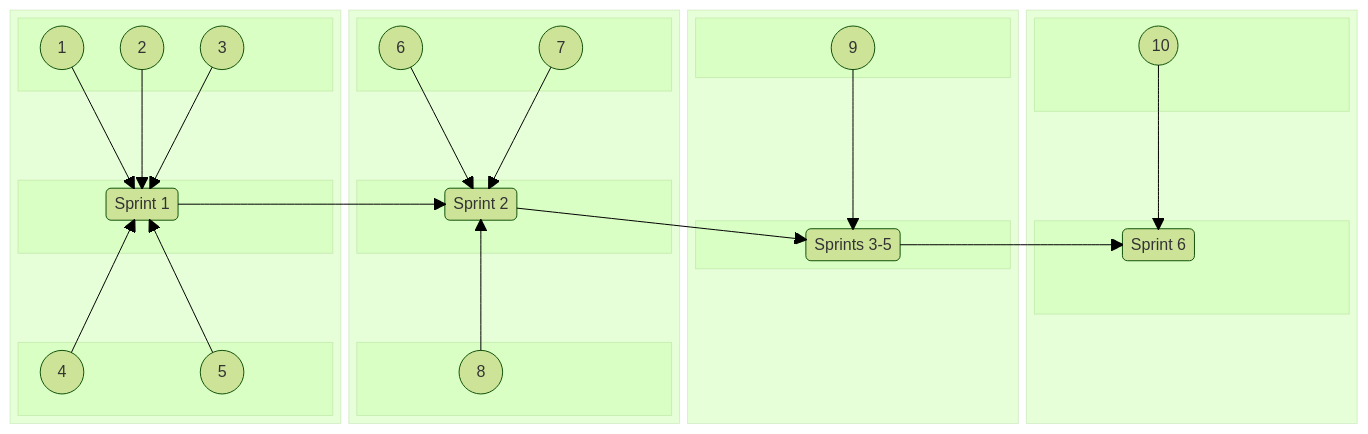
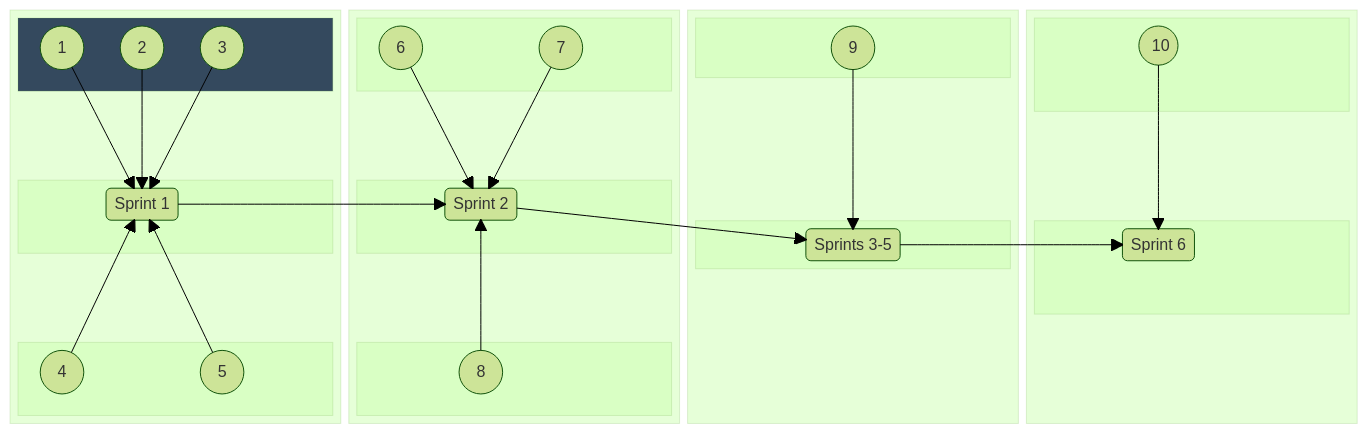
One commit to jdmedlock/mermaid_testing changed the second of 2 diagrams in README.md. Above: the diagram before and after it, drawn with Mermaid (forest theme).

Commit message:
Feature: Add annotations to test layout

````diff
--- a/README.md
+++ b/README.md
@@ -190,4 +190,5 @@
     SPRINT2 --> SPRINTS35
     SPRINTS35 --> SPRINT6
 
+    style B1TOP fill:#34495e
 ```
````
